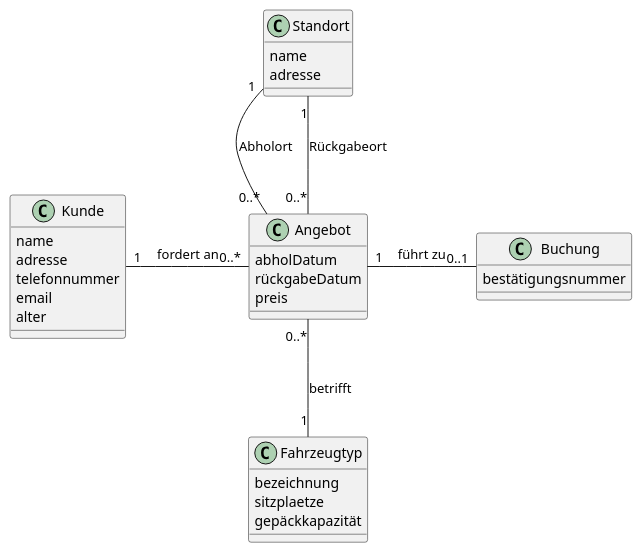
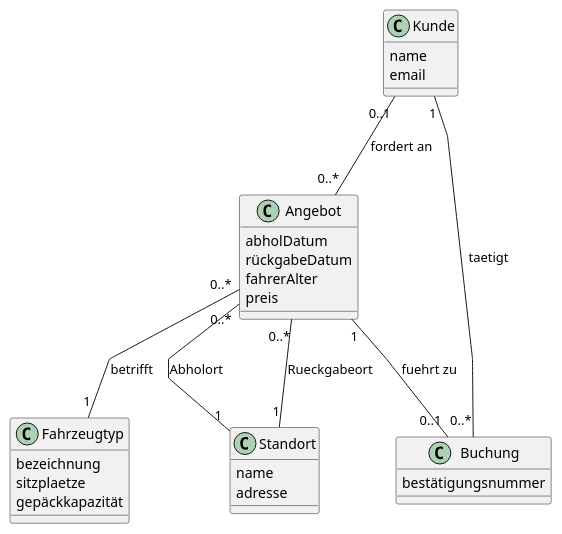
One commit to mallallaaaa/project-autovermietung-SWM1 changed the diagram in Aufgabe3.puml. Above: the diagram before and after it, drawn with PlantUML.

Commit message:
Refactor UML diagram with updated class relationships
Removed attributes from Kunde class and added relationships between Kunde, Angebot, and Buchung classes.

```diff
--- a/Aufgabe3.puml
+++ b/Aufgabe3.puml
@@ -1,41 +1,51 @@
 @startuml AV_Aufgabe3
 skinparam shadowing false
 skinparam classAttributeIconSize 0
+skinparam linetype polyline
 skinparam nodesep 60
 skinparam ranksep 80
 
 class Kunde {
   name
-  adresse
-  telefonnummer
   email
-  alter
 }
 
 class Angebot {
   abholDatum
   rückgabeDatum
+  fahrerAlter
   preis
 }
 
 class Buchung {
   bestätigungsnummer
 }
 
 class Fahrzeugtyp {
   bezeichnung
   sitzplaetze
   gepäckkapazität
 }
 
 class Standort {
   name
   adresse
 }
 
-Kunde "1" -right- "0..*" Angebot : fordert an
-Angebot "1" -right- "0..1" Buchung : führt zu
-Angebot "0..*" -down- "1" Fahrzeugtyp : betrifft
-Angebot "0..*" -up- "1" Standort : Abholort
-Angebot "0..*" -up- "1" Standort : Rückgabeort
+' Kunde und Angebot
+Kunde "0..1" -- "0..*" Angebot : fordert an
+
+' Kunde und Buchung
+Kunde "1" -- "0..*" Buchung : taetigt
+
+' Angebot und Buchung
+Angebot "1" -- "0..1" Buchung : fuehrt zu
+
+' Fahrzeugtyp
+Angebot "0..*" -- "1" Fahrzeugtyp : betrifft
+
+' Abhol- und Rueckgabeort
+Angebot "0..*" -- "1" Standort : Abholort
+Angebot "0..*" -- "1" Standort : Rueckgabeort
+
 @enduml
```
